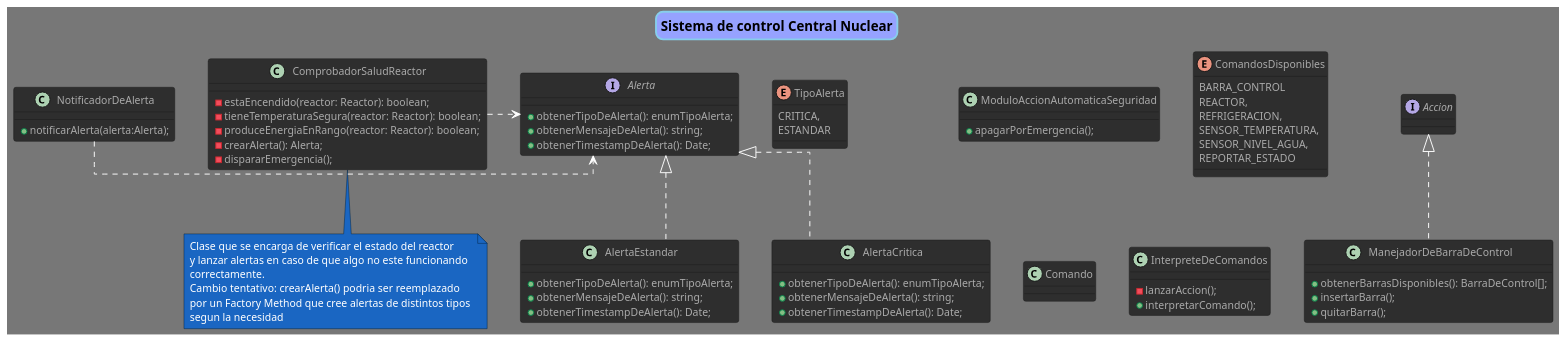
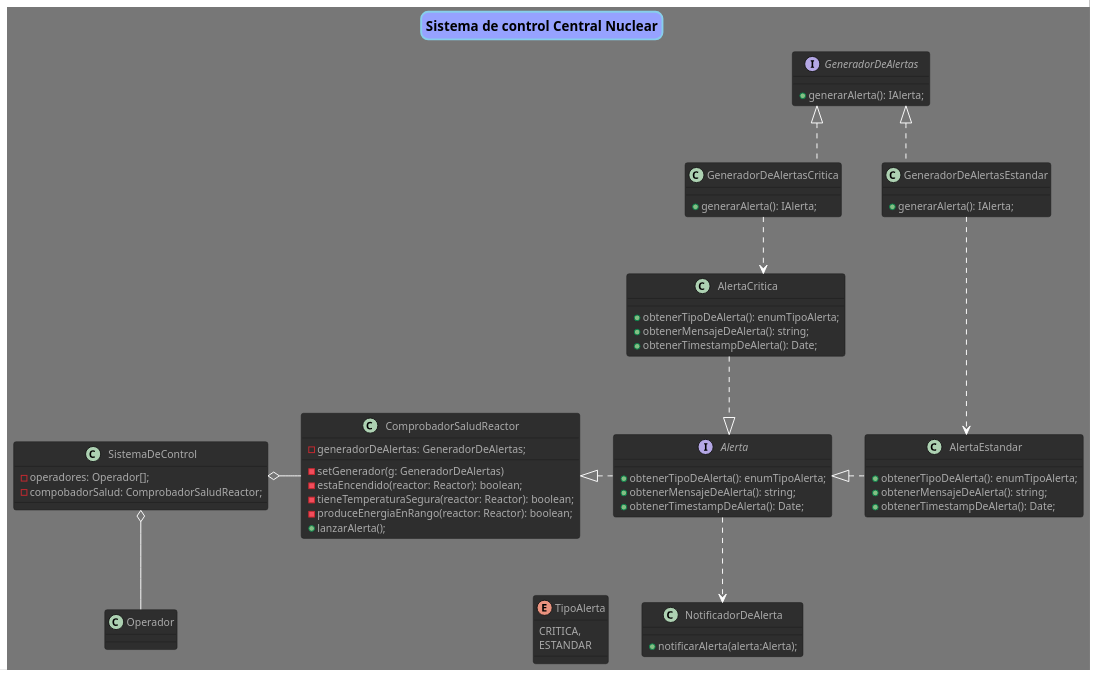
Before and after one commit to fmiguezo/reactor_nuclear: the diagram in Diagramas/SistemaDeControl_Clases.puml, drawn with PlantUML.

Commit message:
Y ahi lo cambie en el diagrama particular del Sistema de control, LES RECUERDO QUE NO BORRE NINGUNA CLASE, SOLO LAS COMENTE, DADO QUE PARA IMPLEMENTARLO EN EL DIAGRAMA SANTI LO TIENE QUE TERMINAR, CUANDO LO TERMINE LO IMPLEMENTO HERMOSA Y CORRECTAMENTE PARA QUE QUEDE PIPON PIPON

```diff
--- a/Diagramas/SistemaDeControl_Clases.puml
+++ b/Diagramas/SistemaDeControl_Clases.puml
@@ -1,103 +1,126 @@
 @startuml Tp
 
 title "Sistema de control Central Nuclear"
 !theme reddress-darkblue
 scale 1.3
 skinparam Linetype ortho
 
 skinparam titleBorderRoundCorner 15
 skinparam titleBorderThickness 2
 skinparam titleBorderColor skyBlue
 skinparam titleBackgroundColor #96a2ff
 
 ' Procesamiento de Datos
 class ComprobadorSaludReactor {
+    -generadorDeAlertas: GeneradorDeAlertas;
+    -setGenerador(g: GeneradorDeAlertas)
     - estaEncendido(reactor: Reactor): boolean;
     - tieneTemperaturaSegura(reactor: Reactor): boolean;
     - produceEnergiaEnRango(reactor: Reactor): boolean;
-    - crearAlerta(): Alerta;
-    - dispararEmergencia();
+    +lanzarAlerta();
 }
 
-note bottom of ComprobadorSaludReactor
-    Clase que se encarga de verificar el estado del reactor
-    y lanzar alertas en caso de que algo no este funcionando
-    correctamente.
-    Cambio tentativo: crearAlerta() podria ser reemplazado 
-    por un Factory Method que cree alertas de distintos tipos 
-    segun la necesidad
-end note
-
-' Acciones automáticas de seguridad
-class ModuloAccionAutomaticaSeguridad {
-    + apagarPorEmergencia();
+class SistemaDeControl
+{
+    - operadores: Operador[];
+    - compobadorSalud: ComprobadorSaludReactor;
 }
 
-' Interfaz humana
-
-'' Manejo de alertas
-enum TipoAlerta {
-    CRITICA,
-    ESTANDAR
+' Operador
+class Operador {
 }
 
 interface Alerta {
     + obtenerTipoDeAlerta(): enumTipoAlerta;
     + obtenerMensajeDeAlerta(): string;
     + obtenerTimestampDeAlerta(): Date;
 }
 
-class AlertaCritica implements Alerta {
+class AlertaCritica{
     + obtenerTipoDeAlerta(): enumTipoAlerta;
     + obtenerMensajeDeAlerta(): string;
     + obtenerTimestampDeAlerta(): Date;
 
 }
 
-class AlertaEstandar implements Alerta {
+class AlertaEstandar{
     + obtenerTipoDeAlerta(): enumTipoAlerta;
     + obtenerMensajeDeAlerta(): string;
     + obtenerTimestampDeAlerta(): Date;
 }
 
 class NotificadorDeAlerta {
     + notificarAlerta(alerta:Alerta);
 }
 
-'' Manejo de comandos
-enum ComandosDisponibles {
-    BARRA_CONTROL
-    REACTOR,
-    REFRIGERACION,
-    SENSOR_TEMPERATURA,
-    SENSOR_NIVEL_AGUA,
-    REPORTAR_ESTADO
+enum TipoAlerta {
+    CRITICA,
+    ESTANDAR
 }
 
-class Comando {
-
+interface GeneradorDeAlertas
+{
+    + generarAlerta(): IAlerta;
 }
 
-class InterpreteDeComandos {
-    - lanzarAccion();
-    + interpretarComando();
+class GeneradorDeAlertasEstandar
+{
+    + generarAlerta(): IAlerta;
 }
 
-' Acciones
-interface Accion {
-
+class GeneradorDeAlertasCritica
+{
+    + generarAlerta(): IAlerta;
 }
 
+' Manejo de comandos
+'enum ComandosDisponibles {
+    'BARRA_CONTROL
+    'REACTOR,
+    'REFRIGERACION,
+    'SENSOR_TEMPERATURA,
+    'SENSOR_NIVEL_AGUA,
+    'REPORTAR_ESTADO
+'}
+
+'class InterpreteDeComandos {
+    '- lanzarAccion();
+    '+ interpretarComando();
+'}
+
+' Acciones
+'interface Accion {
+
+'}
+
 '' Barras de control
-class ManejadorDeBarraDeControl implements Accion {
-    + obtenerBarrasDisponibles(): BarraDeControl[];
-    + insertarBarra();
-    + quitarBarra();
-}
+'class ManejadorDeBarraDeControl implements Accion {
+    '+ obtenerBarrasDisponibles(): BarraDeControl[];
+    '+ insertarBarra();
+    '+ quitarBarra();
+'}
+
+'class Comando {
+
+'}
+
+' Acciones automáticas de seguridad
+'class ModuloAccionAutomaticaSeguridad {
+    '+ apagarPorEmergencia();
+'}
 
 ' Relaciones
-NotificadorDeAlerta .r.> Alerta
-TipoAlerta -[hidden]l- Alerta
-ComprobadorSaludReactor .r.> Alerta
+SistemaDeControl o-d- Operador
+SistemaDeControl o-r- ComprobadorSaludReactor
+ComprobadorSaludReactor <|.r. Alerta
+Alerta <|.r. AlertaEstandar
+Alerta <|.u. AlertaCritica
+GeneradorDeAlertas <|.. GeneradorDeAlertasEstandar
+GeneradorDeAlertas <|.. GeneradorDeAlertasCritica
+NotificadorDeAlerta <.u. Alerta
+TipoAlerta -[hidden]r- NotificadorDeAlerta
+AlertaCritica <.u. GeneradorDeAlertasCritica
+AlertaEstandar <.u.. GeneradorDeAlertasEstandar
+
 
 @enduml
```
